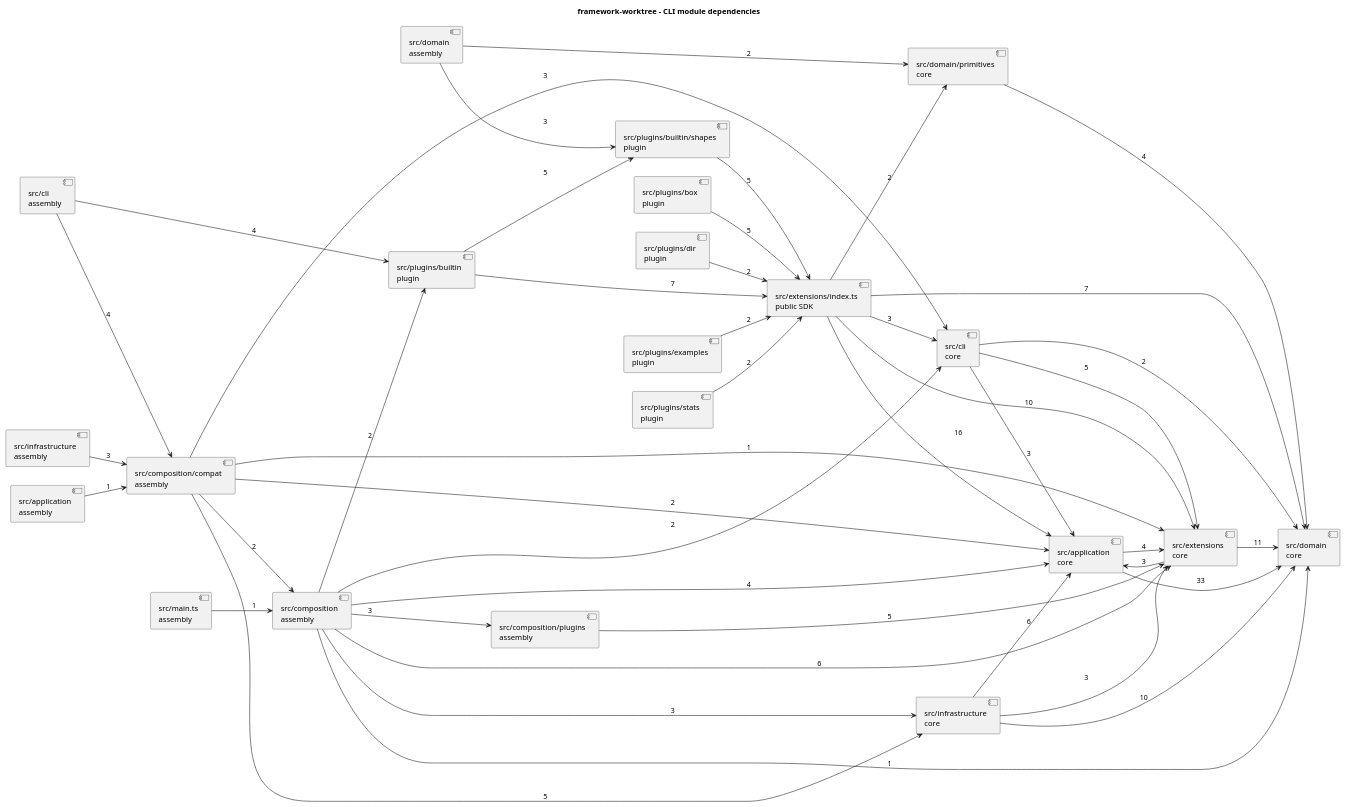
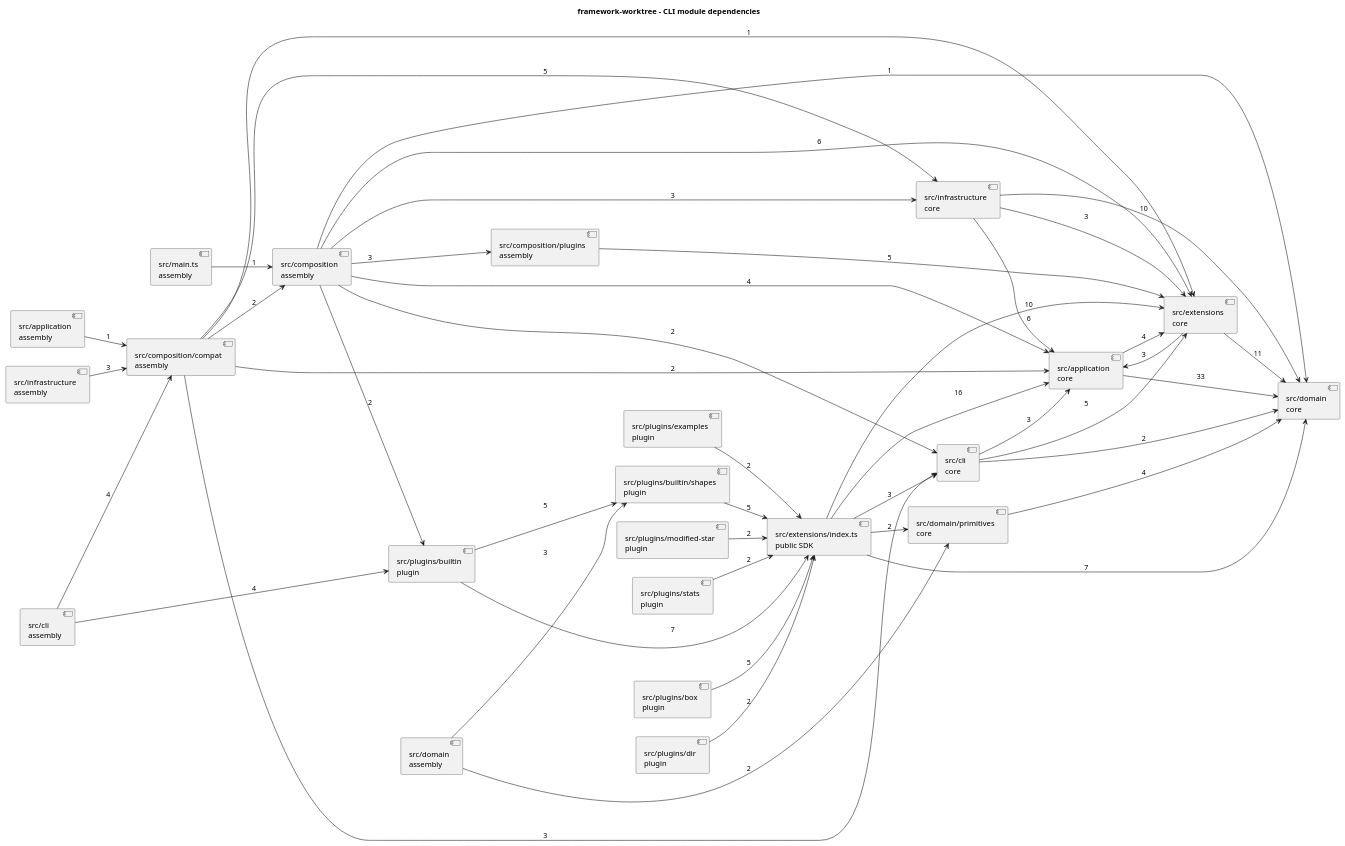
One commit to Fqmmm/SVG-APP changed the diagram in docs/metrics/framework/after.puml. Above: the diagram before and after it, drawn with PlantUML. The commit also changed 23 other files, not shown here.

Commit message:
feat: add modified-star labels through root configuration

```diff
--- a/docs/metrics/framework/after.puml
+++ b/docs/metrics/framework/after.puml
@@ -1,68 +1,70 @@
 @startuml
 title framework-worktree - CLI module dependencies
 left to right direction
 component "src/application\ncore" as module0
 component "src/application\nassembly" as module1
 component "src/cli\ncore" as module2
 component "src/cli\nassembly" as module3
 component "src/composition\nassembly" as module4
 component "src/composition/compat\nassembly" as module5
 component "src/composition/plugins\nassembly" as module6
 component "src/domain\ncore" as module7
 component "src/domain\nassembly" as module8
 component "src/domain/primitives\ncore" as module9
 component "src/extensions\ncore" as module10
 component "src/extensions/index.ts\npublic SDK" as module11
 component "src/infrastructure\nassembly" as module12
 component "src/infrastructure\ncore" as module13
 component "src/main.ts\nassembly" as module14
 component "src/plugins/box\nplugin" as module15
 component "src/plugins/builtin\nplugin" as module16
 component "src/plugins/builtin/shapes\nplugin" as module17
 component "src/plugins/dir\nplugin" as module18
 component "src/plugins/examples\nplugin" as module19
-component "src/plugins/stats\nplugin" as module20
+component "src/plugins/modified-star\nplugin" as module20
+component "src/plugins/stats\nplugin" as module21
 module0 --> module7 : 33
 module0 --> module10 : 4
 module1 --> module5 : 1
 module3 --> module5 : 4
 module3 --> module16 : 4
 module2 --> module0 : 3
 module2 --> module10 : 5
 module2 --> module7 : 2
 module4 --> module0 : 4
 module4 --> module7 : 1
 module4 --> module10 : 6
 module4 --> module6 : 3
 module5 --> module0 : 2
 module5 --> module4 : 2
 module5 --> module2 : 3
 module5 --> module13 : 5
 module5 --> module10 : 1
 module4 --> module16 : 2
 module4 --> module2 : 2
 module4 --> module13 : 3
 module6 --> module10 : 5
 module8 --> module17 : 3
 module8 --> module9 : 2
 module9 --> module7 : 4
 module10 --> module7 : 11
 module10 --> module0 : 3
 module11 --> module7 : 7
 module11 --> module0 : 16
 module11 --> module2 : 3
 module11 --> module10 : 10
 module11 --> module9 : 2
 module12 --> module5 : 3
 module13 --> module0 : 6
 module13 --> module7 : 10
 module13 --> module10 : 3
 module14 --> module4 : 1
 module15 --> module11 : 5
 module16 --> module11 : 7
 module16 --> module17 : 5
 module17 --> module11 : 5
 module18 --> module11 : 2
 module19 --> module11 : 2
 module20 --> module11 : 2
+module21 --> module11 : 2
 @enduml
```
